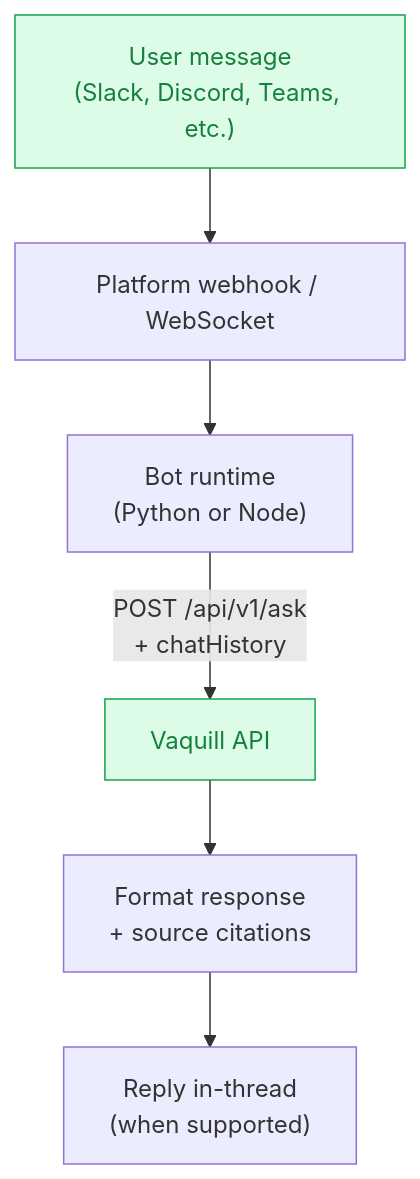
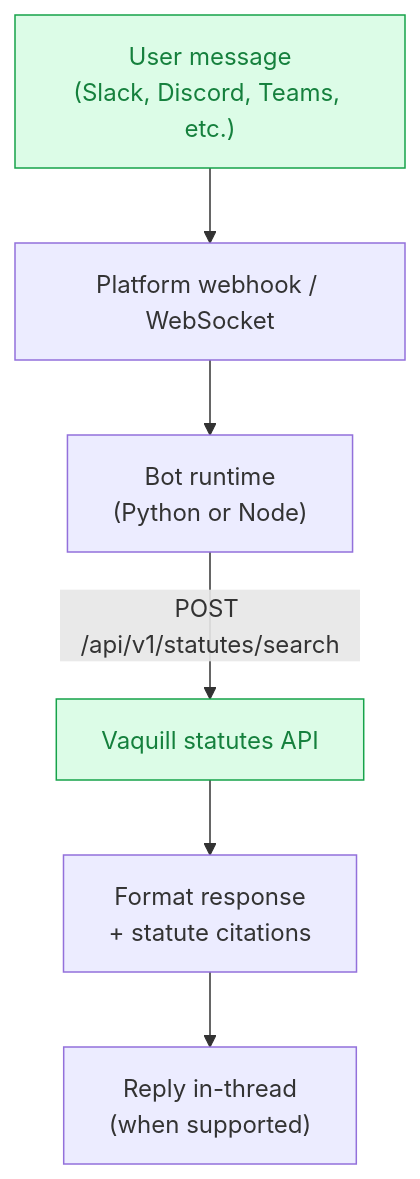
Before and after one commit to Vaquill-AI/vaquill-ai-docs: the diagram in integrations/chatbots/index.mdx, drawn with Mermaid. The commit also changed other lines of this file and 23 other files, not shown here.

First line of the commit message:
docs: statutes-only API/MCP, remove CourtListener/CanLII, canonical numbers

````diff
--- a/integrations/chatbots/index.mdx
+++ b/integrations/chatbots/index.mdx
@@ -36,11 +36,11 @@
 ```mermaid
 flowchart TD
     A["User message<br/>(Slack, Discord, Teams, etc.)"] --> B["Platform webhook / WebSocket"]
     B --> C["Bot runtime<br/>(Python or Node)"]
-    C -->|"POST /api/v1/ask<br/>+ chatHistory"| D["Vaquill API"]
-    D --> E["Format response<br/>+ source citations"]
+    C -->|"POST /api/v1/statutes/search"| D["Vaquill statutes API"]
+    D --> E["Format response<br/>+ statute citations"]
     E --> F["Reply in-thread<br/>(when supported)"]
 
     style A fill:#dcfce7,stroke:#16a34a,color:#15803d
     style D fill:#dcfce7,stroke:#16a34a,color:#15803d
 ```
````
